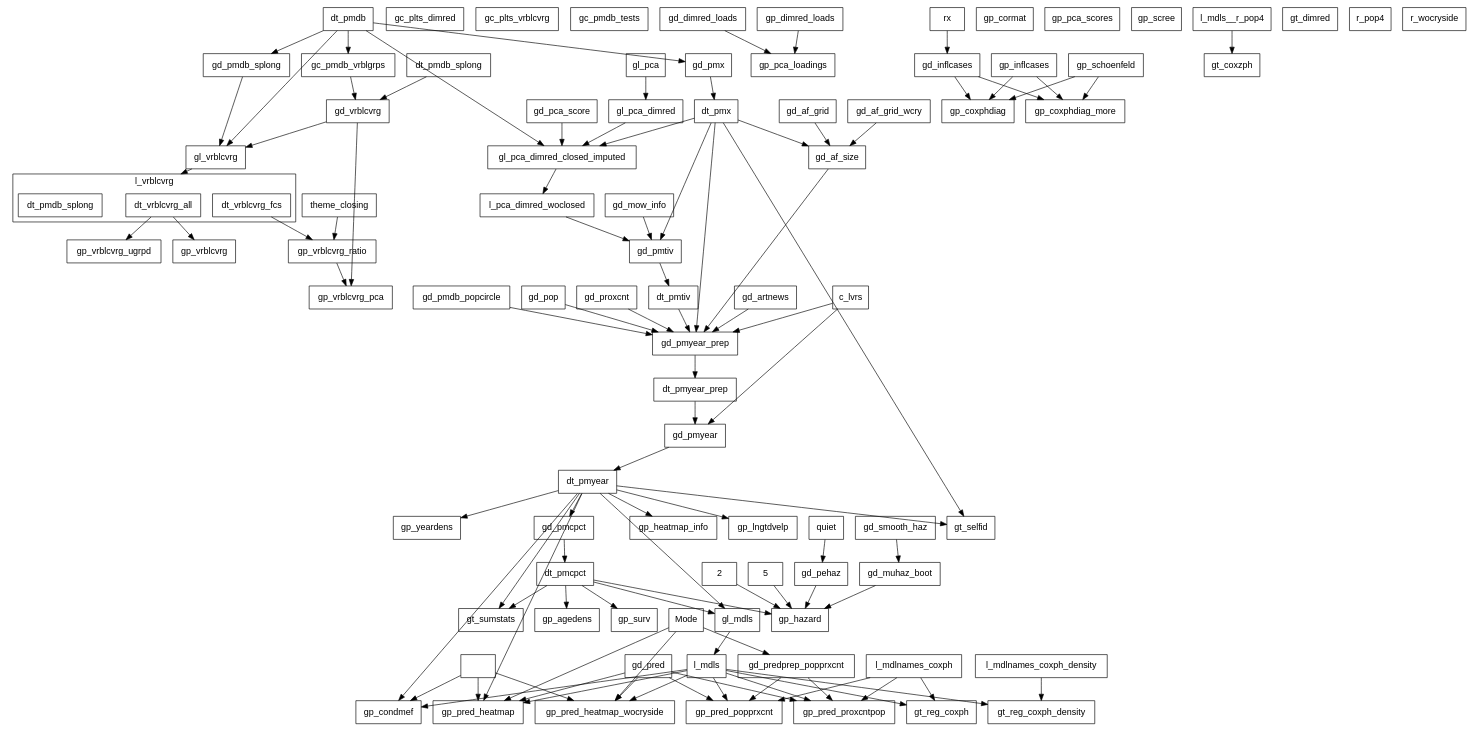
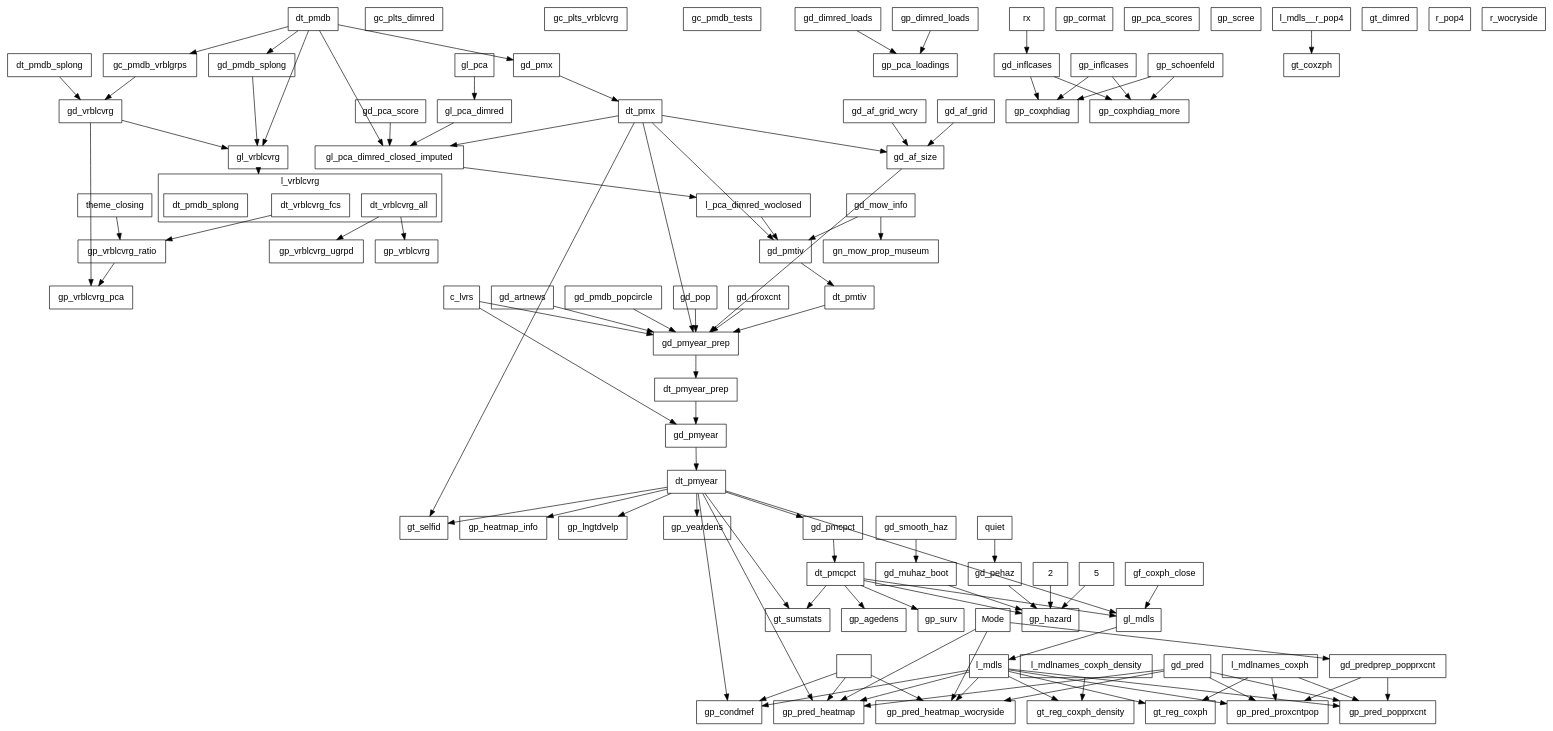
Before and after one commit to swhalemwo/pm_closing: the diagram in misc/callgraph2.dot, drawn with Graphviz. The commit also changed 4 other files, not shown here.

```diff
--- a/misc/callgraph2.dot
+++ b/misc/callgraph2.dot
@@ -1,193 +1,197 @@
 digraph D {
  compound = true;
  splines = false; fontname=helvetica;
  node [shape=box, fontsize = 14, fontname=helvetica];
  edge [style = solid];
  
  subgraph cluster_l_vrblcvrg {
  label = "l_vrblcvrg";
  l_vrblcvrg__dt_vrblcvrg_all [label=dt_vrblcvrg_all]; 
 l_vrblcvrg__dt_vrblcvrg_fcs [label=dt_vrblcvrg_fcs]; 
 l_vrblcvrg [label = "", color=transparent, width=0, height=0]; 
 l_vrblcvrg__dt_pmdb_splong [label=dt_pmdb_splong] 
 } 
  gc_plts_dimred; 
 gc_plts_vrblcvrg; 
 gc_pmdb_tests; 
 gc_pmdb_vrblgrps; 
 gd_af_grid; 
 gd_af_grid_wcry; 
 gd_af_size; 
 gd_artnews; 
 gd_dimred_loads; 
 gd_inflcases; 
 gd_mow_info; 
 gd_muhaz_boot; 
 gd_pca_score; 
 gd_pehaz; 
 gd_pmcpct; 
 gd_pmdb_popcircle; 
 gd_pmdb_splong; 
 gd_pmtiv; 
 gd_pmx; 
 gd_pmyear; 
 gd_pmyear_prep; 
 gd_pop; 
 gd_pred; 
 gd_predprep_popprxcnt; 
 gd_proxcnt; 
 gd_smooth_haz; 
 gd_vrblcvrg; 
+gf_coxph_close; 
 gl_mdls; 
 gl_pca; 
 gl_pca_dimred; 
 gl_pca_dimred_closed_imputed; 
 gl_vrblcvrg; 
+gn_mow_prop_museum; 
 gp_agedens; 
 gp_condmef; 
 gp_cormat; 
 gp_coxphdiag; 
 gp_coxphdiag_more; 
 gp_dimred_loads; 
 gp_hazard; 
 gp_heatmap_info; 
 gp_inflcases; 
 gp_lngtdvelp; 
 gp_pca_loadings; 
 gp_pca_scores; 
 gp_pred_heatmap; 
 gp_pred_heatmap_wocryside; 
 gp_pred_popprxcnt; 
 gp_pred_proxcntpop; 
 gp_schoenfeld; 
 gp_scree; 
 gp_surv; 
 gp_vrblcvrg; 
 gp_vrblcvrg_pca; 
 gp_vrblcvrg_ratio; 
 gp_vrblcvrg_ugrpd; 
 gp_yeardens; 
 gt_coxzph; 
 gt_dimred; 
 gt_reg_coxph; 
 gt_reg_coxph_density; 
 gt_selfid; 
 gt_sumstats; 
 Mode; 
 quiet; 
 theme_closing; 
 dt_pmdb; 
 dt_pmdb_splong; 
 dt_pmx; 
 l_pca_dimred_woclosed; 
 dt_pmtiv; 
 c_lvrs; 
 dt_pmyear_prep; 
 dt_pmyear; 
 dt_pmcpct; 
 2; 
 5; 
 rx; 
 l_mdlnames_coxph; 
 l_mdls; 
 ""r_pop4""; 
 ""r_wocryside""; 
 l_mdls__r_pop4; 
 l_mdlnames_coxph_density 
  ""r_pop4"" -> gp_condmef; 
 ""r_pop4"" -> gp_pred_heatmap; 
 ""r_wocryside"" -> gp_pred_heatmap_wocryside; 
 2 -> gp_hazard; 
 5 -> gp_hazard; 
 Mode -> gd_predprep_popprxcnt; 
 Mode -> gp_pred_heatmap; 
 Mode -> gp_pred_heatmap_wocryside; 
 c_lvrs -> gd_pmyear; 
 c_lvrs -> gd_pmyear_prep; 
 dt_pmcpct -> gl_mdls; 
 dt_pmcpct -> gp_agedens; 
 dt_pmcpct -> gp_hazard; 
 dt_pmcpct -> gp_surv; 
 dt_pmcpct -> gt_sumstats; 
 dt_pmdb -> gc_pmdb_vrblgrps; 
 dt_pmdb -> gd_pmdb_splong; 
 dt_pmdb -> gd_pmx; 
 dt_pmdb -> gl_pca_dimred_closed_imputed; 
 dt_pmdb -> gl_vrblcvrg; 
 dt_pmdb_splong -> gd_vrblcvrg; 
 dt_pmtiv -> gd_pmyear_prep; 
 dt_pmx -> gd_af_size; 
 dt_pmx -> gd_pmtiv; 
 dt_pmx -> gd_pmyear_prep; 
 dt_pmx -> gl_pca_dimred_closed_imputed; 
 dt_pmx -> gt_selfid; 
 dt_pmyear -> gd_pmcpct; 
 dt_pmyear -> gl_mdls; 
 dt_pmyear -> gp_condmef; 
 dt_pmyear -> gp_heatmap_info; 
 dt_pmyear -> gp_lngtdvelp; 
 dt_pmyear -> gp_pred_heatmap; 
 dt_pmyear -> gp_yeardens; 
 dt_pmyear -> gt_selfid; 
 dt_pmyear -> gt_sumstats; 
 dt_pmyear_prep -> gd_pmyear; 
 gc_pmdb_vrblgrps -> gd_vrblcvrg; 
 gd_af_grid -> gd_af_size; 
 gd_af_grid_wcry -> gd_af_size; 
 gd_af_size -> gd_pmyear_prep; 
 gd_artnews -> gd_pmyear_prep; 
 gd_dimred_loads -> gp_pca_loadings; 
 gd_inflcases -> gp_coxphdiag; 
 gd_inflcases -> gp_coxphdiag_more; 
 gd_mow_info -> gd_pmtiv; 
+gd_mow_info -> gn_mow_prop_museum; 
 gd_muhaz_boot -> gp_hazard; 
 gd_pca_score -> gl_pca_dimred_closed_imputed; 
 gd_pehaz -> gp_hazard; 
 gd_pmcpct -> dt_pmcpct; 
 gd_pmdb_popcircle -> gd_pmyear_prep; 
 gd_pmdb_splong -> gl_vrblcvrg; 
 gd_pmtiv -> dt_pmtiv; 
 gd_pmx -> dt_pmx; 
 gd_pmyear -> dt_pmyear; 
 gd_pmyear_prep -> dt_pmyear_prep; 
 gd_pop -> gd_pmyear_prep; 
 gd_pred -> gp_pred_heatmap; 
 gd_pred -> gp_pred_heatmap_wocryside; 
 gd_pred -> gp_pred_popprxcnt; 
 gd_pred -> gp_pred_proxcntpop; 
 gd_predprep_popprxcnt -> gp_pred_popprxcnt; 
 gd_predprep_popprxcnt -> gp_pred_proxcntpop; 
 gd_proxcnt -> gd_pmyear_prep; 
 gd_smooth_haz -> gd_muhaz_boot; 
 gd_vrblcvrg -> gl_vrblcvrg; 
 gd_vrblcvrg -> gp_vrblcvrg_pca; 
+gf_coxph_close -> gl_mdls; 
 gl_mdls -> l_mdls; 
 gl_pca -> gl_pca_dimred; 
 gl_pca_dimred -> gl_pca_dimred_closed_imputed; 
 gl_pca_dimred_closed_imputed -> l_pca_dimred_woclosed; 
 gl_vrblcvrg -> l_vrblcvrg[lhead=cluster_l_vrblcvrg,ltail=gl_vrblcvrg]; 
 gp_dimred_loads -> gp_pca_loadings; 
 gp_inflcases -> gp_coxphdiag; 
 gp_inflcases -> gp_coxphdiag_more; 
 gp_schoenfeld -> gp_coxphdiag; 
 gp_schoenfeld -> gp_coxphdiag_more; 
 gp_vrblcvrg_ratio -> gp_vrblcvrg_pca; 
 l_mdlnames_coxph -> gp_pred_popprxcnt; 
 l_mdlnames_coxph -> gp_pred_proxcntpop; 
 l_mdlnames_coxph -> gt_reg_coxph; 
 l_mdlnames_coxph_density -> gt_reg_coxph_density; 
 l_mdls -> gp_condmef; 
 l_mdls -> gp_pred_heatmap; 
 l_mdls -> gp_pred_heatmap_wocryside; 
 l_mdls -> gp_pred_popprxcnt; 
 l_mdls -> gp_pred_proxcntpop; 
 l_mdls -> gt_reg_coxph; 
 l_mdls -> gt_reg_coxph_density; 
 l_mdls__r_pop4 -> gt_coxzph; 
 l_pca_dimred_woclosed -> gd_pmtiv; 
 l_vrblcvrg__dt_vrblcvrg_all -> gp_vrblcvrg; 
 l_vrblcvrg__dt_vrblcvrg_all -> gp_vrblcvrg_ugrpd; 
 l_vrblcvrg__dt_vrblcvrg_fcs -> gp_vrblcvrg_ratio; 
 quiet -> gd_pehaz; 
 rx -> gd_inflcases; 
 theme_closing -> gp_vrblcvrg_ratio }
```
